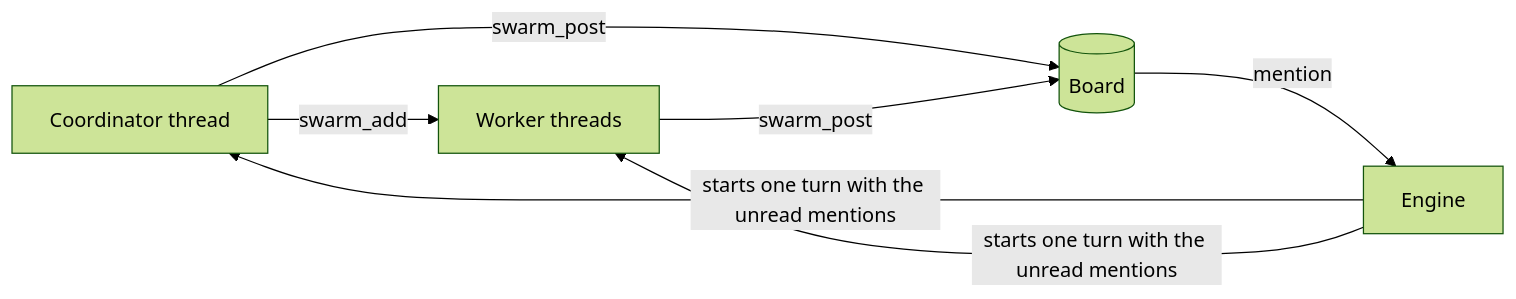
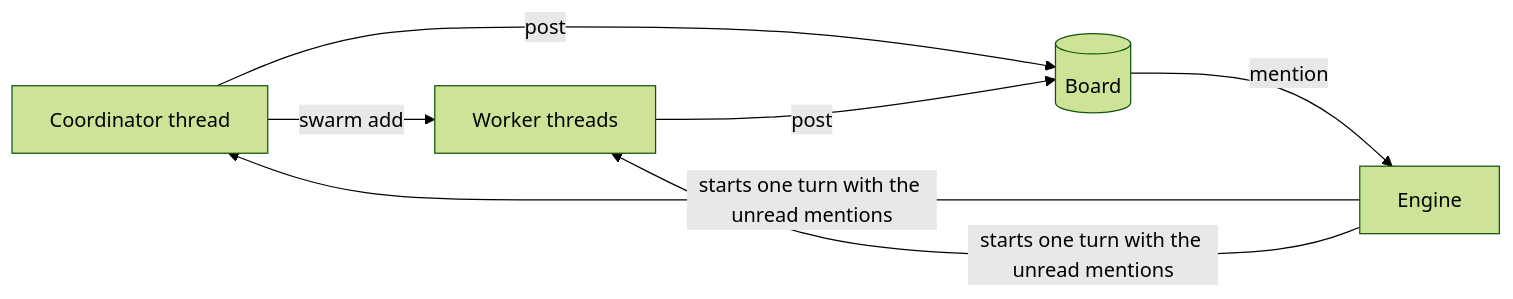
The diagram in src/bb-plugins/swarm/README.md (connorads/dotfiles), drawn with Mermaid (forest theme) before and after one commit. The commit also changed other lines of this file and 7 other files, not shown here.

First line of the commit message:
refactor(swarm): offer ordinary threads one tool

````diff
--- a/src/bb-plugins/swarm/README.md
+++ b/src/bb-plugins/swarm/README.md
@@ -7,7 +7,7 @@
 ```mermaid
 flowchart LR
-  C[Coordinator thread] -->|swarm_add| W[Worker threads]
-  C & W -->|swarm_post| B[(Board)]
+  C[Coordinator thread] -->|swarm add| W[Worker threads]
+  C & W -->|post| B[(Board)]
   B -->|mention| E[Engine]
   E -->|starts one turn with the unread mentions| C & W
 ```
````
